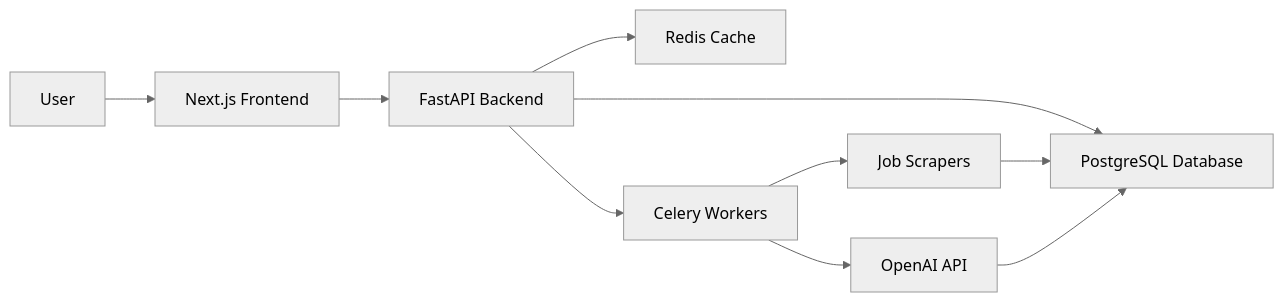
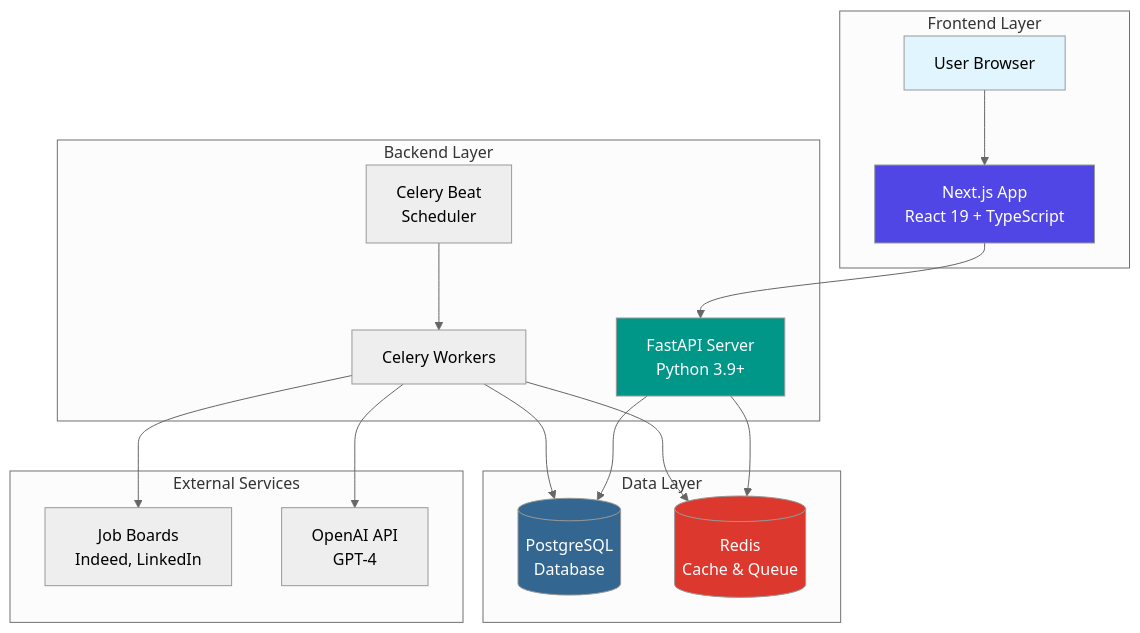
Before and after one commit to aminlahbib/JobFlow: the diagram in README.md, drawn with Mermaid (neutral theme). The commit also changed other lines of this file, not shown here.

Commit message:
docs: enhance README with improved diagrams, tables, and structure

````diff
--- a/README.md
+++ b/README.md
@@ -156,12 +156,39 @@
 ```mermaid
-graph LR
-    A[User] --> B[Next.js Frontend]
-    B --> C[FastAPI Backend]
-    C --> D[PostgreSQL Database]
-    C --> E[Redis Cache]
-    C --> F[Celery Workers]
-    F --> G[Job Scrapers]
-    F --> H[OpenAI API]
-    G --> D
-    H --> D
+graph TB
+    subgraph "Frontend Layer"
+        A[User Browser]
+        B[Next.js App<br/>React 19 + TypeScript]
+    end
+    
+    subgraph "Backend Layer"
+        C[FastAPI Server<br/>Python 3.9+]
+        D[Celery Workers]
+        E[Celery Beat<br/>Scheduler]
+    end
+    
+    subgraph "Data Layer"
+        F[(PostgreSQL<br/>Database)]
+        G[(Redis<br/>Cache & Queue)]
+    end
+    
+    subgraph "External Services"
+        H[Job Boards<br/>Indeed, LinkedIn]
+        I[OpenAI API<br/>GPT-4]
+    end
+    
+    A --> B
+    B --> C
+    C --> F
+    C --> G
+    D --> F
+    D --> G
+    D --> H
+    D --> I
+    E --> D
+    
+    style A fill:#e1f5ff
+    style B fill:#4F46E5,color:#fff
+    style C fill:#009688,color:#fff
+    style F fill:#336791,color:#fff
+    style G fill:#DC382D,color:#fff
 ```
````
